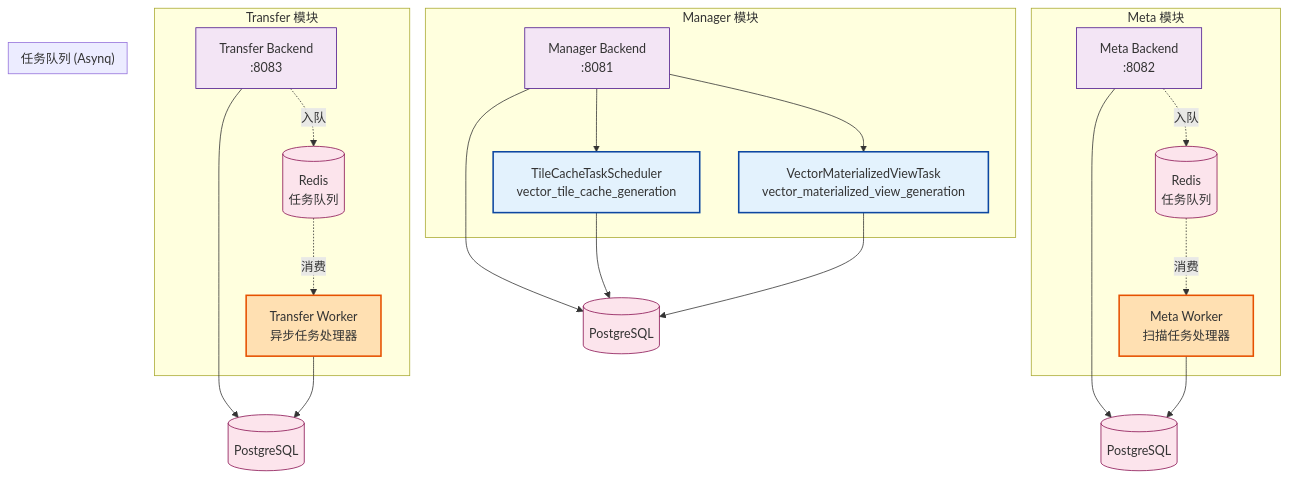
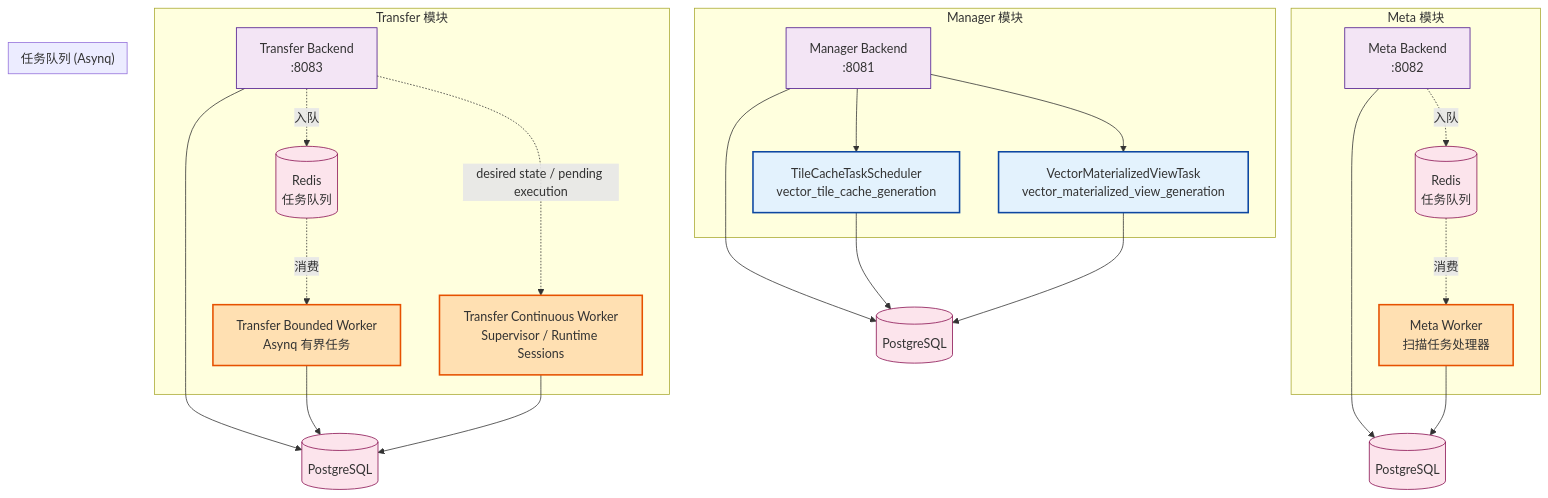
Before and after one commit to pampa0629/addp: the fourth of 12 diagrams in docs/concepts/addp模块架构图.md, drawn with Mermaid. The commit also changed other lines of this file and 291 other files, not shown here.

````diff
--- a/docs/concepts/addp模块架构图.md
+++ b/docs/concepts/addp模块架构图.md
@@ -277,47 +282,50 @@
 ```mermaid
 graph TB
     subgraph "Transfer 模块"
         TB[Transfer Backend<br/>:8083]
-        TW[Transfer Worker<br/>异步任务处理器]
+        TW[Transfer Bounded Worker<br/>Asynq 有界任务]
+        TCW[Transfer Continuous Worker<br/>Supervisor / Runtime Sessions]
         TB -.入队.-> Redis
         Redis -.消费.-> TW
+        TB -.desired state / pending execution.-> TCW
     end
 
     subgraph "Meta 模块"
         MB[Meta Backend<br/>:8082]
         MW[Meta Worker<br/>扫描任务处理器]
         MB -.入队.-> Redis2[Redis]
         Redis2 -.消费.-> MW
     end
 
     subgraph "Manager 模块"
         MB2[Manager Backend<br/>:8081]
         TCS[TileCacheTaskScheduler<br/>vector_tile_cache_generation]
         QVO[VectorMaterializedViewTask<br/>vector_materialized_view_generation]
         MB2 --> TCS
         MB2 --> QVO
     end
 
     subgraph "任务队列 (Asynq)"
         Redis[(Redis<br/>任务队列)]
         Redis2[(Redis<br/>任务队列)]
     end
 
     TB --> PostgreSQL[(PostgreSQL)]
     TW --> PostgreSQL
+    TCW --> PostgreSQL
     MB --> PostgreSQL2[(PostgreSQL)]
     MW --> PostgreSQL2
     MB2 --> PostgreSQL3[(PostgreSQL)]
     TCS --> PostgreSQL3
     QVO --> PostgreSQL3
 
     classDef backend fill:#f3e5f5,stroke:#4a148c
     classDef worker fill:#ffe0b2,stroke:#e65100,stroke-width:2px
     classDef scheduler fill:#e3f2fd,stroke:#0d47a1,stroke-width:2px
     classDef infra fill:#fce4ec,stroke:#880e4f
 
     class TB,MB,MB2 backend
-    class TW,MW worker
+    class TW,TCW,MW worker
     class TCS,QVO scheduler
     class Redis,Redis2,PostgreSQL,PostgreSQL2,PostgreSQL3 infra
 ```
````
